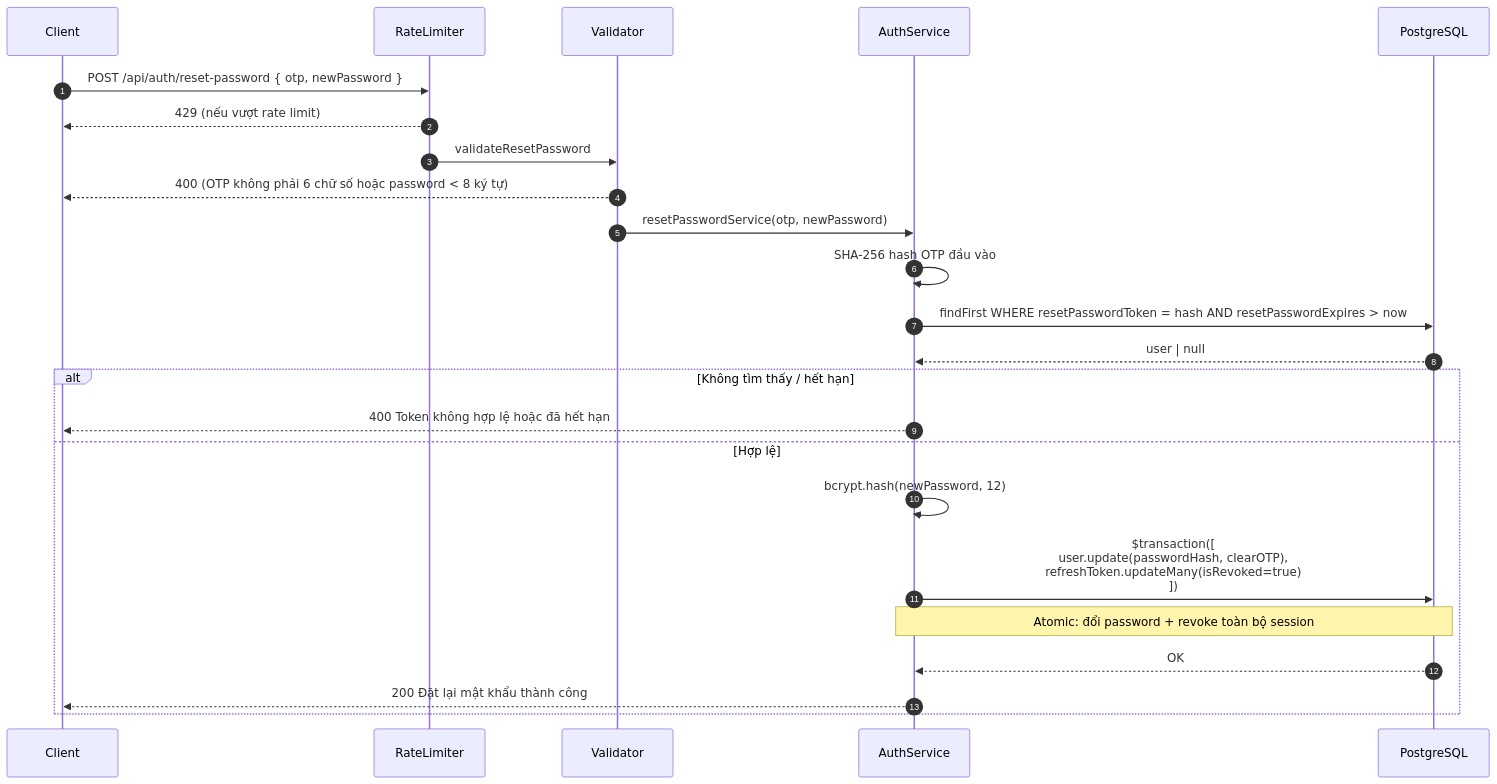
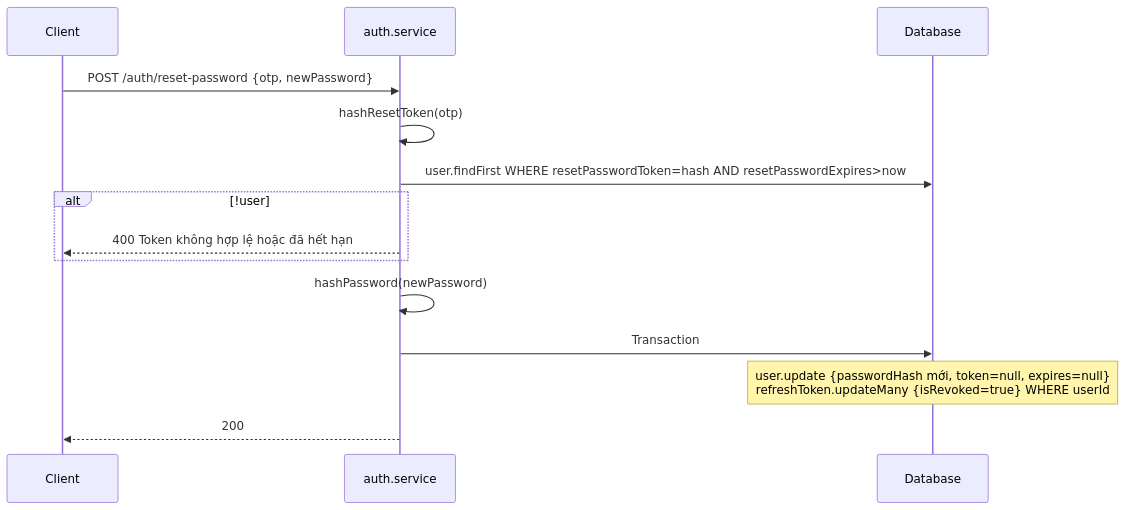
One commit to phamvinh203/mobivexa changed the fifth of 7 diagrams in docs/Auth/SequenceDiagram.md. Above: the diagram before and after it, drawn with Mermaid. The commit also changed other lines of this file and 79 other files, not shown here.

Commit message:
📜 Add documentation for Inventory and Favorite modules including Use Cases, API Specifications, and Activity Diagrams

````diff
--- a/docs/Auth/SequenceDiagram.md
+++ b/docs/Auth/SequenceDiagram.md
@@ -163,27 +114,17 @@
 ```mermaid
 sequenceDiagram
-    autonumber
     participant C as Client
-    participant RL as RateLimiter
-    participant V as Validator
-    participant S as AuthService
-    participant DB as PostgreSQL
+    participant S as auth.service
+    participant DB as Database
 
-    C->>RL: POST /api/auth/reset-password { otp, newPassword }
-    RL-->>C: 429 (nếu vượt rate limit)
-    RL->>V: validateResetPassword
-    V-->>C: 400 (OTP không phải 6 chữ số hoặc password < 8 ký tự)
-    V->>S: resetPasswordService(otp, newPassword)
-    S->>S: SHA-256 hash OTP đầu vào
-    S->>DB: findFirst WHERE resetPasswordToken = hash AND resetPasswordExpires > now
-    DB-->>S: user | null
-    alt Không tìm thấy / hết hạn
+    C->>S: POST /auth/reset-password {otp, newPassword}
+    S->>S: hashResetToken(otp)
+    S->>DB: user.findFirst WHERE resetPasswordToken=hash AND resetPasswordExpires>now
+    alt !user
         S-->>C: 400 Token không hợp lệ hoặc đã hết hạn
-    else Hợp lệ
-        S->>S: bcrypt.hash(newPassword, 12)
-        S->>DB: $transaction([<br/>  user.update(passwordHash, clearOTP),<br/>  refreshToken.updateMany(isRevoked=true)<br/>])
-        Note over S,DB: Atomic: đổi password + revoke toàn bộ session
-        DB-->>S: OK
-        S-->>C: 200 Đặt lại mật khẩu thành công
     end
+    S->>S: hashPassword(newPassword)
+    S->>DB: Transaction
+    Note over DB: user.update {passwordHash mới, token=null, expires=null}<br/>refreshToken.updateMany {isRevoked=true} WHERE userId
+    S-->>C: 200
 ```
````
